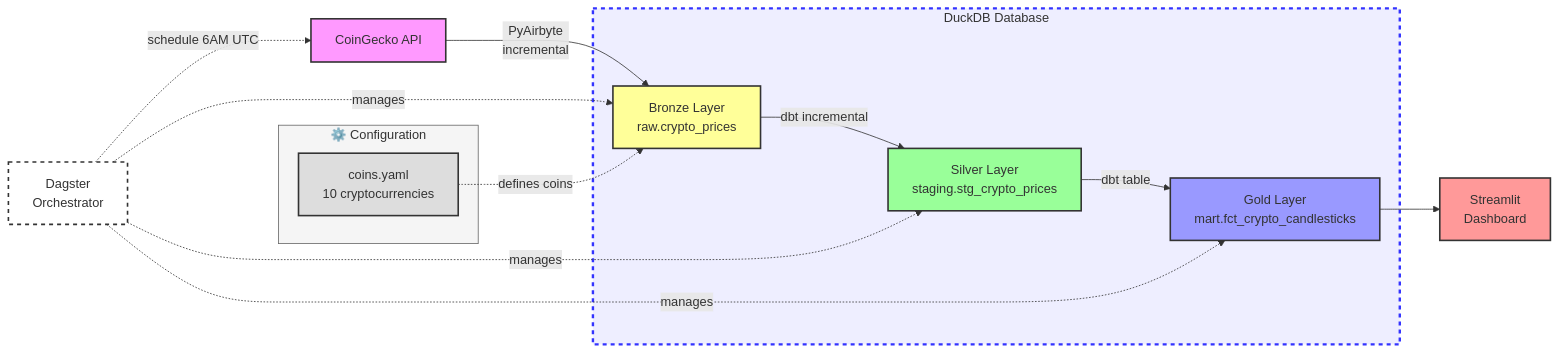
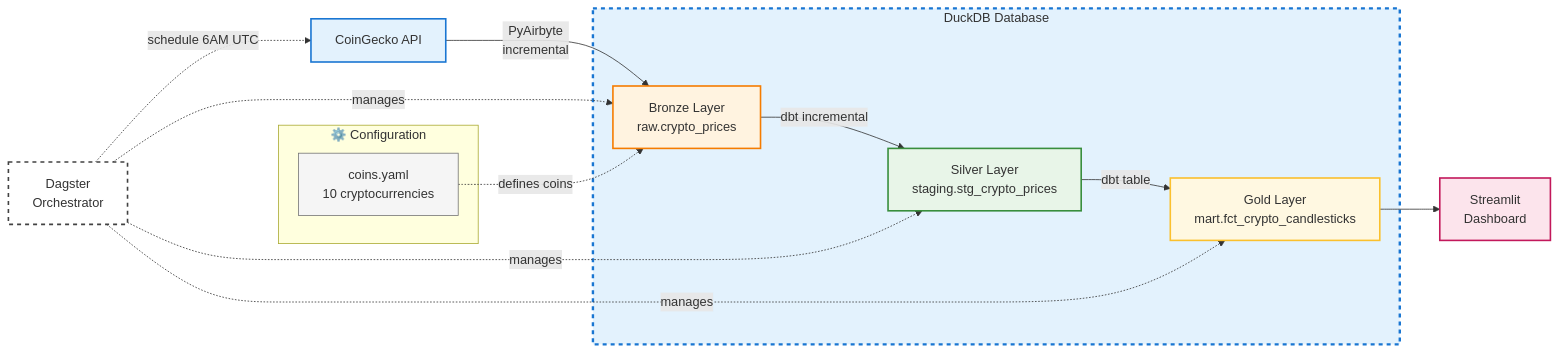
One commit to mohamed-boughattas/crypto-elt-pipeline changed the diagram in README.md. Above: the diagram before and after it, drawn with Mermaid.

Commit message:
docs(readme): fix architecture diagram colors for GitHub dark theme

````diff
--- a/README.md
+++ b/README.md
@@ -43,34 +43,42 @@
 ```mermaid
 graph LR
     subgraph Config["⚙️ Configuration"]
         Y[coins.yaml<br/>10 cryptocurrencies]
     end
 
     A[CoinGecko API] -->|PyAirbyte<br/>incremental| B[Bronze Layer<br/>raw.crypto_prices]
     B -->|dbt incremental| C[Silver Layer<br/>staging.stg_crypto_prices]
     C -->|dbt table| D[Gold Layer<br/>mart.fct_crypto_candlesticks]
     D --> E[Streamlit<br/>Dashboard]
 
     F[Dagster<br/>Orchestrator] -.->|manages| B
     F -.->|manages| C
     F -.->|manages| D
     F -.->|schedule 6AM UTC| A
 
     Y -.->|defines coins| B
 
     subgraph DuckDB["DuckDB Database"]
         B
         C
         D
     end
 
-    style A fill:#f9f,stroke:#333,stroke-width:2px
-    style B fill:#ff9,stroke:#333,stroke-width:2px
-    style C fill:#9f9,stroke:#333,stroke-width:2px
-    style D fill:#99f,stroke:#333,stroke-width:2px
-    style E fill:#f99,stroke:#333,stroke-width:2px
-    style F fill:#fff,stroke:#333,stroke-width:2px,stroke-dasharray: 5 5
-    style Y fill:#ddd,stroke:#333,stroke-width:2px
-    style DuckDB fill:#eef,stroke:#33f,stroke-width:3px,stroke-dasharray: 5 5
-    style Config fill:#f5f5f5,stroke:#666,stroke-width:1px
+    classDef api fill:#e3f2fd,stroke:#1976d2,stroke-width:2px
+    classDef bronze fill:#fff3e0,stroke:#f57c00,stroke-width:2px
+    classDef silver fill:#e8f5e8,stroke:#388e3c,stroke-width:2px
+    classDef gold fill:#fff8e1,stroke:#fbc02d,stroke-width:2px
+    classDef dashboard fill:#fce4ec,stroke:#c2185b,stroke-width:2px
+    classDef orchestrator fill:#ffffff,stroke:#424242,stroke-width:2px,stroke-dasharray: 5 5
+    classDef config fill:#f5f5f5,stroke:#757575,stroke-width:1px
+    classDef database fill:#e3f2fd,stroke:#1976d2,stroke-width:3px,stroke-dasharray: 5 5
+
+    class A api
+    class B bronze
+    class C silver
+    class D gold
+    class E dashboard
+    class F orchestrator
+    class Y config
+    class DuckDB database
 ```
````
